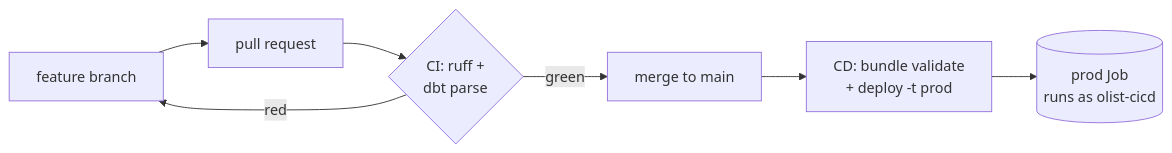
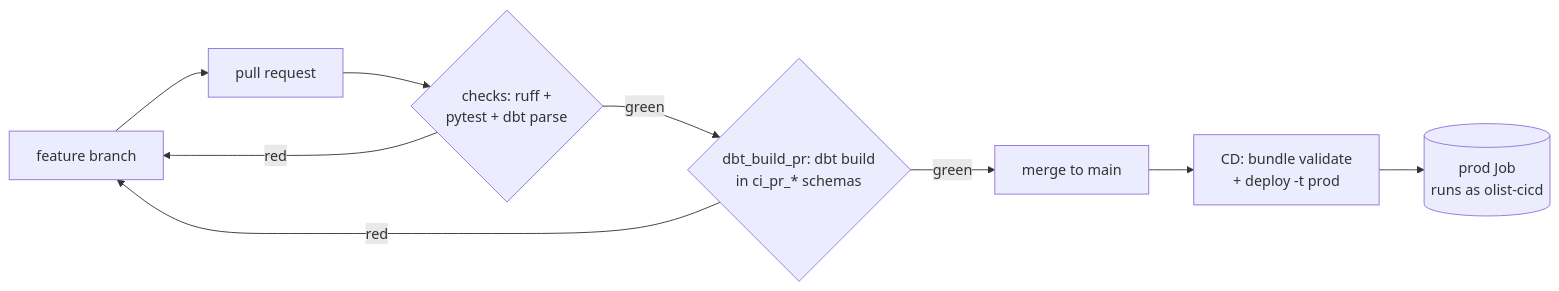
Before and after one commit to ThomasIstok/olist-lakehouse-databricks: the fourth of 4 diagrams in README.md, drawn with Mermaid. The commit also changed other lines of this file and 7 other files, not shown here.

````diff
--- a/README.md
+++ b/README.md
@@ -316,9 +319,11 @@
 ```mermaid
 flowchart LR
     BR[feature branch] --> PR[pull request]
-    PR --> CI{CI: ruff +<br/>dbt parse}
-    CI -- green --> MG[merge to main]
+    PR --> CI{checks: ruff +<br/>pytest + dbt parse}
+    CI -- green --> DB{dbt_build_pr: dbt build<br/>in ci_pr_* schemas}
     CI -- red --> BR
+    DB -- green --> MG[merge to main]
+    DB -- red --> BR
     MG --> CD[CD: bundle validate<br/>+ deploy -t prod]
     CD --> PROD[(prod Job<br/>runs as olist-cicd)]
 ```
````
